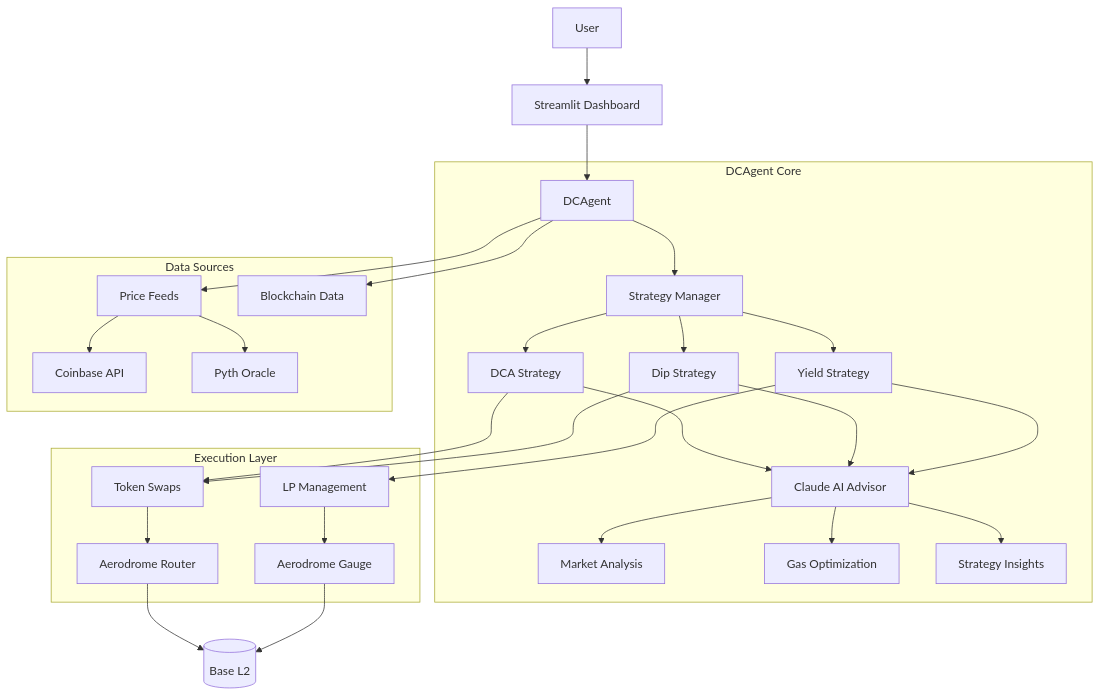
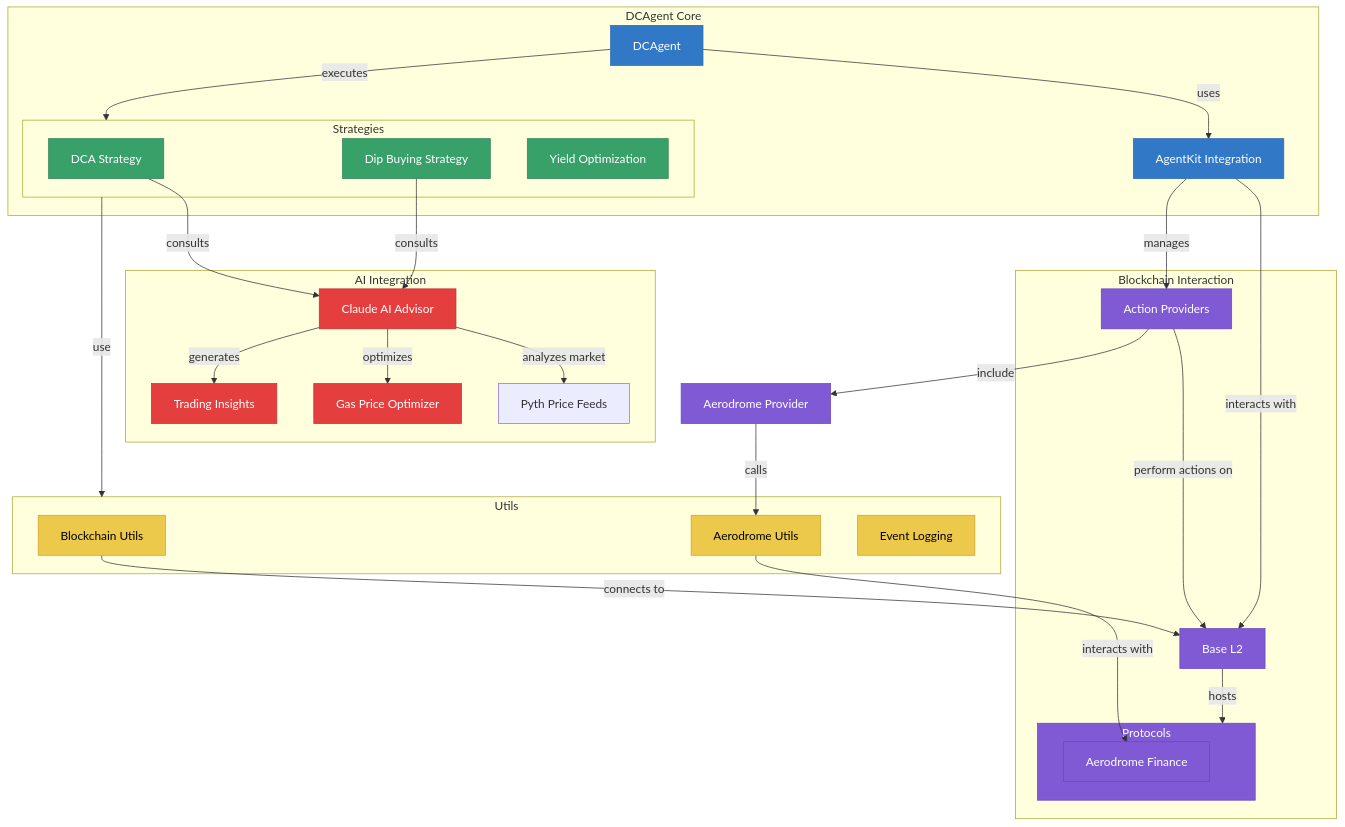
The diagram in README.md (botmechanic/dcagent), drawn with Mermaid before and after one commit.

Commit message:
docs: Update system architecture diagram with improved version

````diff
--- a/README.md
+++ b/README.md
@@ -16,38 +16,62 @@
 ```mermaid
-graph TD
-    User[User] --> Dashboard[Streamlit Dashboard]
-    Dashboard --> Agent[DCAgent]
-    
+flowchart TD
     subgraph "DCAgent Core"
-        Agent --> Strategies[Strategy Manager]
-        Strategies --> DCA[DCA Strategy]
-        Strategies --> Dip[Dip Strategy]
-        Strategies --> Yield[Yield Strategy]
+        Agent[DCAgent]
+        Agent --> |executes| Strategies
+        Agent --> |uses| AgentKit[AgentKit Integration]
         
-        DCA --> AI[Claude AI Advisor]
-        Dip --> AI
-        Yield --> AI
+        subgraph "Strategies"
+            DCA[DCA Strategy]
+            Dip[Dip Buying Strategy]
+            Yield[Yield Optimization]
+        end
+    end
+
+    subgraph "Blockchain Interaction"
+        AgentKit --> |interacts with| Base[Base L2]
+        ActionProviders[Action Providers] --> |perform actions on| Base
         
-        AI --> Market[Market Analysis]
-        AI --> Gas[Gas Optimization]
-        AI --> Insight[Strategy Insights]
+        subgraph "Protocols"
+            Aerodrome[Aerodrome Finance]
+        end
+        
+        Base --> |hosts| Protocols
     end
     
-    subgraph "Data Sources"
-        Agent --> Price[Price Feeds]
-        Price --> Coinbase[Coinbase API]
-        Price --> Pyth[Pyth Oracle]
-        Agent --> Block[Blockchain Data]
+    subgraph "AI Integration"
+        Claude[Claude AI Advisor]
+        Claude --> |analyzes market| Pyth[Pyth Price Feeds]
+        Claude --> |optimizes| GasOptimizer[Gas Price Optimizer]
+        Claude --> |generates| Insights[Trading Insights]
+        
+        DCA --> |consults| Claude
+        Dip --> |consults| Claude
     end
     
-    subgraph "Execution Layer"
-        DCA --> Swap[Token Swaps]
-        Dip --> Swap
-        Yield --> Pool[LP Management]
-        Swap --> Router[Aerodrome Router]
-        Pool --> Gauge[Aerodrome Gauge]
+    subgraph "Utils"
+        Blockchain[Blockchain Utils]
+        AerodromeUtils[Aerodrome Utils]
+        LoggingUtils[Event Logging]
     end
     
-    Router --> Base[(Base L2)]
-    Gauge --> Base
+    Strategies --> |use| Utils
+    
+    AgentKit --> |manages| ActionProviders
+    ActionProviders --> |include| AerodromeProvider[Aerodrome Provider]
+    AerodromeProvider --> |calls| AerodromeUtils
+    
+    Blockchain --> |connects to| Base
+    AerodromeUtils --> |interacts with| Aerodrome
+    
+    classDef primary fill:#3178c6,stroke:#2b6cb0,color:#fff
+    classDef strategy fill:#38a169,stroke:#2f855a,color:#fff
+    classDef ai fill:#e53e3e,stroke:#c53030,color:#fff
+    classDef utils fill:#ecc94b,stroke:#d69e2e,color:#000
+    classDef blockchain fill:#805ad5,stroke:#6b46c1,color:#fff
+    
+    class Agent,AgentKit primary
+    class DCA,Dip,Yield strategy
+    class Claude,GasOptimizer,Insights ai
+    class Blockchain,AerodromeUtils,LoggingUtils utils
+    class Base,ActionProviders,Protocols,Aerodrome,AerodromeProvider blockchain
 ```
````
